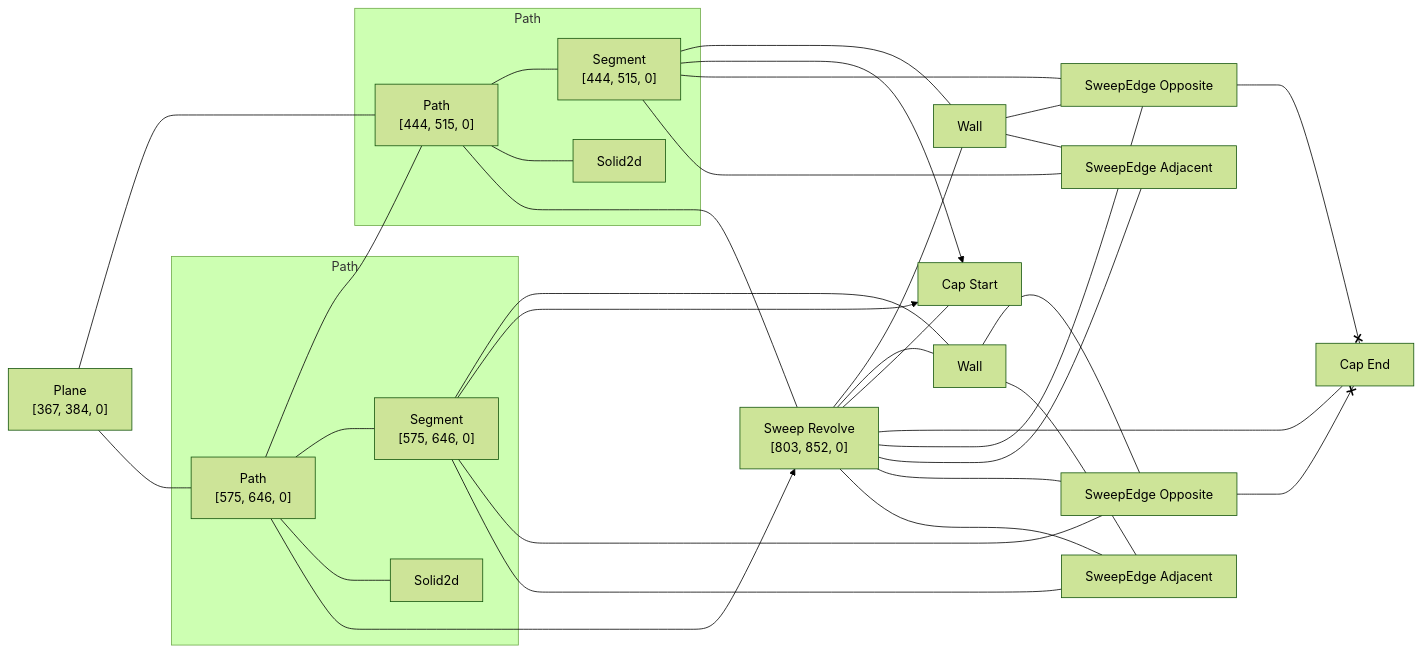
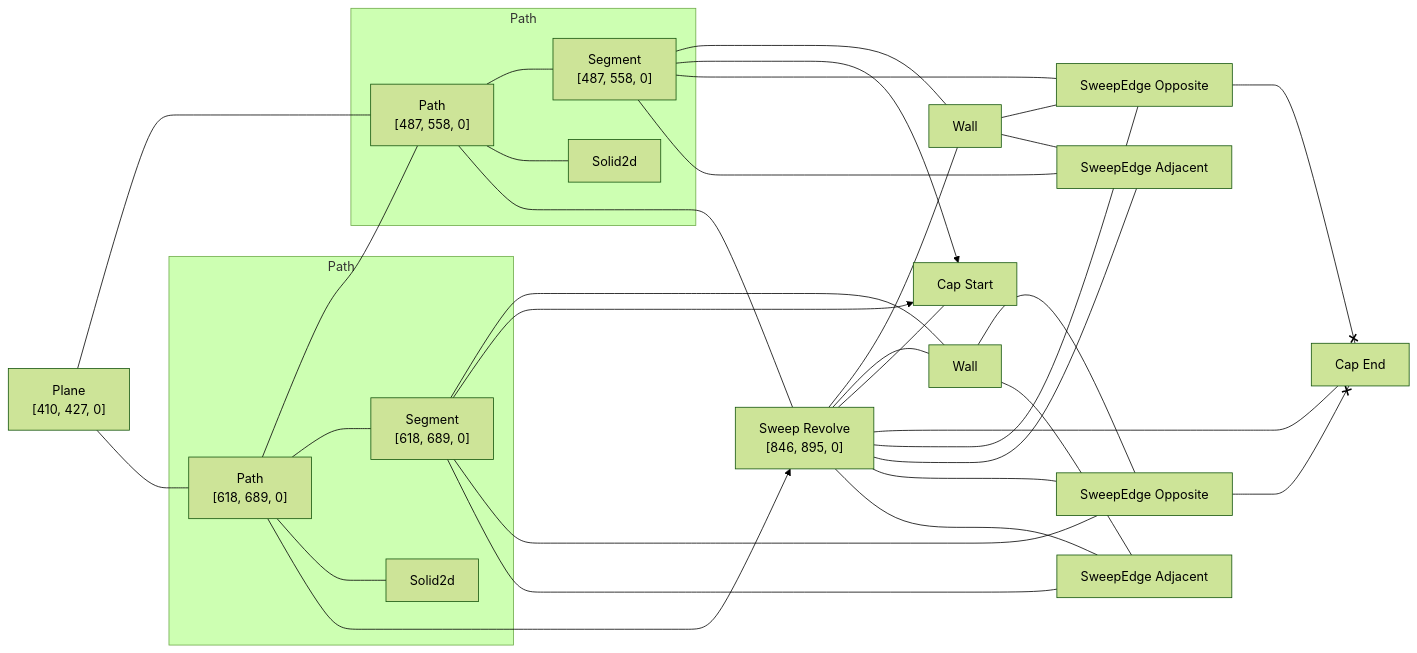
One commit to KittyCAD/modeling-app changed the diagram in rust/kcl-lib/tests/kcl_samples/pipe-with-bend/artifact_graph_flowchart.snap.md. Above: the diagram before and after it, drawn with Mermaid (forest theme). The commit also changed 319 other files, not shown here.

````diff
--- a/rust/kcl-lib/tests/kcl_samples/pipe-with-bend/artifact_graph_flowchart.snap.md
+++ b/rust/kcl-lib/tests/kcl_samples/pipe-with-bend/artifact_graph_flowchart.snap.md
@@ -1,64 +1,64 @@
 ```mermaid
 flowchart LR
   subgraph path2 [Path]
-    2["Path<br>[444, 515, 0]"]
+    2["Path<br>[487, 558, 0]"]
       %% [ProgramBodyItem { index: 5 }, VariableDeclarationDeclaration, VariableDeclarationInit]
-    3["Segment<br>[444, 515, 0]"]
+    3["Segment<br>[487, 558, 0]"]
       %% [ProgramBodyItem { index: 5 }, VariableDeclarationDeclaration, VariableDeclarationInit]
     4[Solid2d]
   end
   subgraph path5 [Path]
-    5["Path<br>[575, 646, 0]"]
+    5["Path<br>[618, 689, 0]"]
       %% [ProgramBodyItem { index: 6 }, VariableDeclarationDeclaration, VariableDeclarationInit]
-    6["Segment<br>[575, 646, 0]"]
+    6["Segment<br>[618, 689, 0]"]
       %% [ProgramBodyItem { index: 6 }, VariableDeclarationDeclaration, VariableDeclarationInit]
     7[Solid2d]
   end
-  1["Plane<br>[367, 384, 0]"]
+  1["Plane<br>[410, 427, 0]"]
     %% [ProgramBodyItem { index: 4 }, VariableDeclarationDeclaration, VariableDeclarationInit]
-  8["Sweep Revolve<br>[803, 852, 0]"]
+  8["Sweep Revolve<br>[846, 895, 0]"]
     %% [ProgramBodyItem { index: 8 }, VariableDeclarationDeclaration, VariableDeclarationInit]
   9[Wall]
     %% face_code_ref=Missing NodePath
   10[Wall]
     %% face_code_ref=Missing NodePath
   11["Cap Start"]
     %% face_code_ref=Missing NodePath
   12["Cap End"]
     %% face_code_ref=Missing NodePath
   13["SweepEdge Opposite"]
   14["SweepEdge Adjacent"]
   15["SweepEdge Opposite"]
   16["SweepEdge Adjacent"]
   1 --- 2
   1 --- 5
   2 --- 3
   2 --- 4
   5 --- 2
   2 ---- 8
   3 --- 9
   3 x--> 11
   3 --- 13
   3 --- 14
   5 --- 6
   5 --- 7
   5 x---> 8
   6 --- 10
   6 x--> 11
   6 --- 15
   6 --- 16
   8 --- 9
   8 --- 10
   8 --- 11
   8 --- 12
   8 --- 13
   8 --- 14
   8 --- 15
   8 --- 16
   9 --- 13
   9 --- 14
   10 --- 15
   10 --- 16
   13 <--x 12
   15 <--x 12
 ```
````
